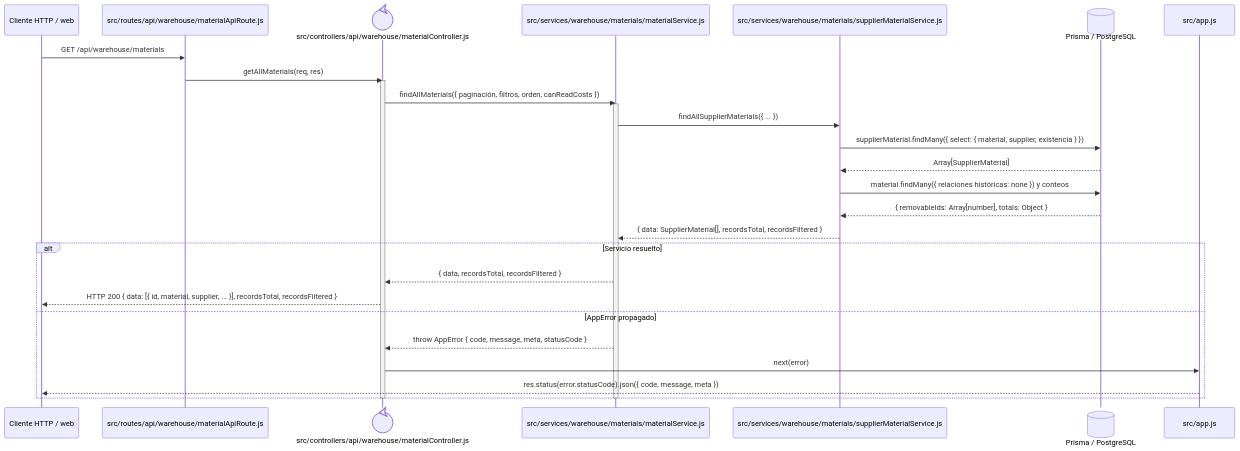
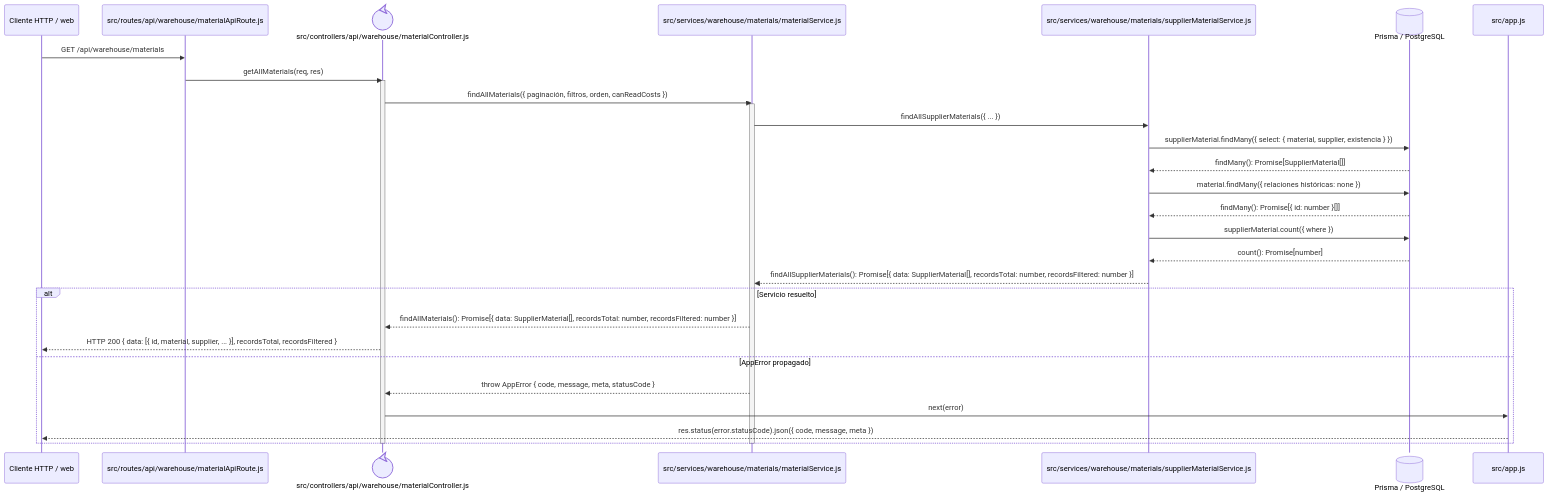
Before and after one commit to gpgsistemas01/nexus: the diagram in docs/architecture/backend-code-sequences/catalogs/cu-alm-01.md, drawn with Mermaid. The commit also changed 50 other files, not shown here.

Commit message:
docs: separar llamadas en diagramas de secuencia

````diff
--- a/docs/architecture/backend-code-sequences/catalogs/cu-alm-01.md
+++ b/docs/architecture/backend-code-sequences/catalogs/cu-alm-01.md
@@ -6,32 +6,34 @@
 ```mermaid
 sequenceDiagram
     participant Client as Cliente HTTP / web
     participant Route as src/routes/api/warehouse/materialApiRoute.js
     participant Controller@{ "type": "control" } as src/controllers/api/warehouse/materialController.js
     participant Domain as src/services/warehouse/materials/materialService.js
     participant SupplierMaterial as src/services/warehouse/materials/supplierMaterialService.js
     participant Prisma@{ "type": "database" } as Prisma / PostgreSQL
     participant ErrorHandler as src/app.js
 
     Client->>Route: GET /api/warehouse/materials
     Route->>Controller: getAllMaterials(req, res)
     activate Controller
     Controller->>Domain: findAllMaterials({ paginación, filtros, orden, canReadCosts })
     activate Domain
     Domain->>SupplierMaterial: findAllSupplierMaterials({ ... })
     SupplierMaterial->>Prisma: supplierMaterial.findMany({ select: { material, supplier, existencia } })
-    Prisma-->>SupplierMaterial: Array[SupplierMaterial]
-    SupplierMaterial->>Prisma: material.findMany({ relaciones históricas: none }) y conteos
-    Prisma-->>SupplierMaterial: { removableIds: Array[number], totals: Object }
-    SupplierMaterial-->>Domain: { data: SupplierMaterial[], recordsTotal, recordsFiltered }
+    Prisma-->>SupplierMaterial: findMany(): Promise[SupplierMaterial[]]
+    SupplierMaterial->>Prisma: material.findMany({ relaciones históricas: none })
+    Prisma-->>SupplierMaterial: findMany(): Promise[{ id: number }[]]
+    SupplierMaterial->>Prisma: supplierMaterial.count({ where })
+    Prisma-->>SupplierMaterial: count(): Promise[number]
+    SupplierMaterial-->>Domain: findAllSupplierMaterials(): Promise[{ data: SupplierMaterial[], recordsTotal: number, recordsFiltered: number }]
     alt Servicio resuelto
-        Domain-->>Controller: { data, recordsTotal, recordsFiltered }
+        Domain-->>Controller: findAllMaterials(): Promise[{ data: SupplierMaterial[], recordsTotal: number, recordsFiltered: number }]
         Controller-->>Client: HTTP 200 { data: [{ id, material, supplier, ... }], recordsTotal, recordsFiltered }
     else AppError propagado
         Domain-->>Controller: throw AppError { code, message, meta, statusCode }
         Controller->>ErrorHandler: next(error)
         ErrorHandler-->>Client: res.status(error.statusCode).json({ code, message, meta })
     end
     deactivate Domain
     deactivate Controller
 ```
````
